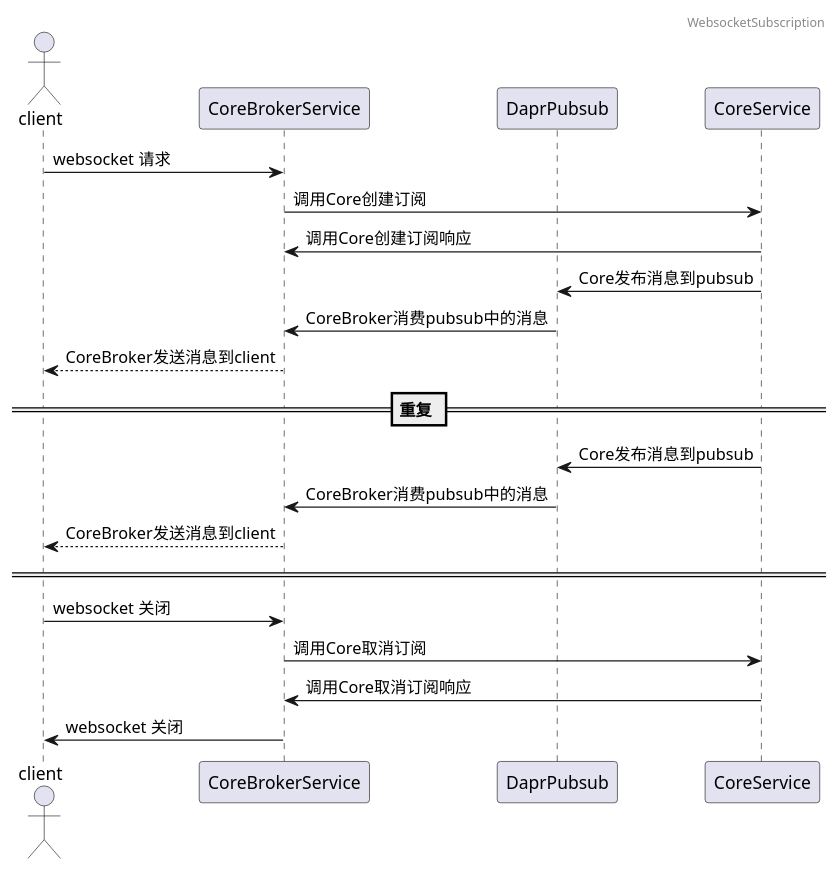
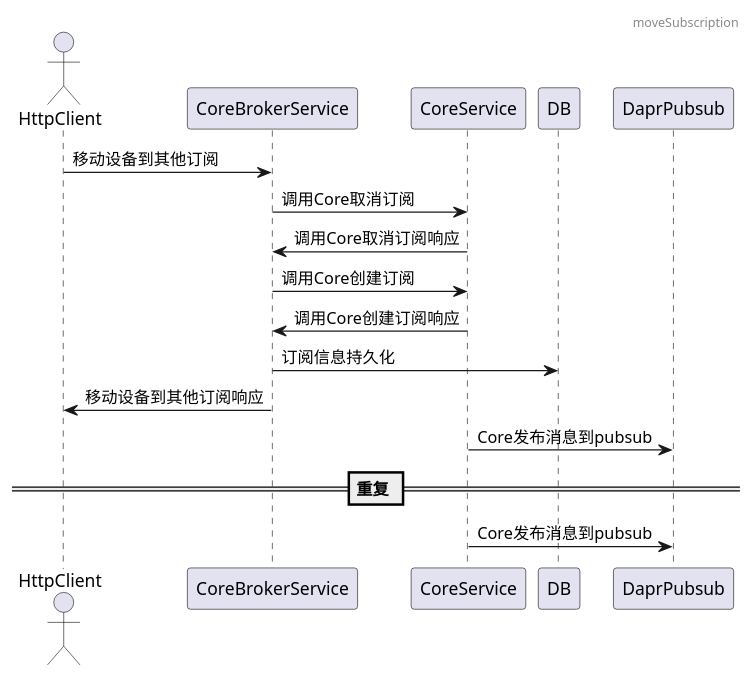
Before and after one commit to tkeel-io/docs: the fourth of 8 diagrams in docs/api/appendix/plantuml/core_broker.md, drawn with PlantUML. The commit also changed other lines of this file and 1 other file, not shown here.

Commit message:
feat: update data use plantuml

````diff
--- a/docs/api/appendix/plantuml/core_broker.md
+++ b/docs/api/appendix/plantuml/core_broker.md
@@ -2,29 +50,22 @@
 ```plantuml
 @startuml
-header WebsocketSubscription
+header moveSubscription
 
-actor client
+actor HttpClient
 participant CoreBrokerService
+participant CoreService
+participant DB
 participant DaprPubsub
-participant CoreService
 
-
-client->CoreBrokerService:websocket 请求
+HttpClient->CoreBrokerService:移动设备到其他订阅
+CoreBrokerService->CoreService:调用Core取消订阅
+CoreBrokerService<-CoreService:调用Core取消订阅响应
 CoreBrokerService->CoreService:调用Core创建订阅
 CoreBrokerService<-CoreService:调用Core创建订阅响应
+CoreBrokerService->DB:订阅信息持久化
+HttpClient<-CoreBrokerService:移动设备到其他订阅响应
 CoreService->DaprPubsub:Core发布消息到pubsub
-DaprPubsub->CoreBrokerService:CoreBroker消费pubsub中的消息
-CoreBrokerService-->client:CoreBroker发送消息到client
-
 == 重复 ==
 CoreService->DaprPubsub:Core发布消息到pubsub
-DaprPubsub->CoreBrokerService:CoreBroker消费pubsub中的消息
-CoreBrokerService-->client:CoreBroker发送消息到client
-
-====
-client->CoreBrokerService:websocket 关闭
-CoreBrokerService->CoreService:调用Core取消订阅
-CoreBrokerService<-CoreService:调用Core取消订阅响应
-client<-CoreBrokerService:websocket 关闭
 @enduml
 ```
````
